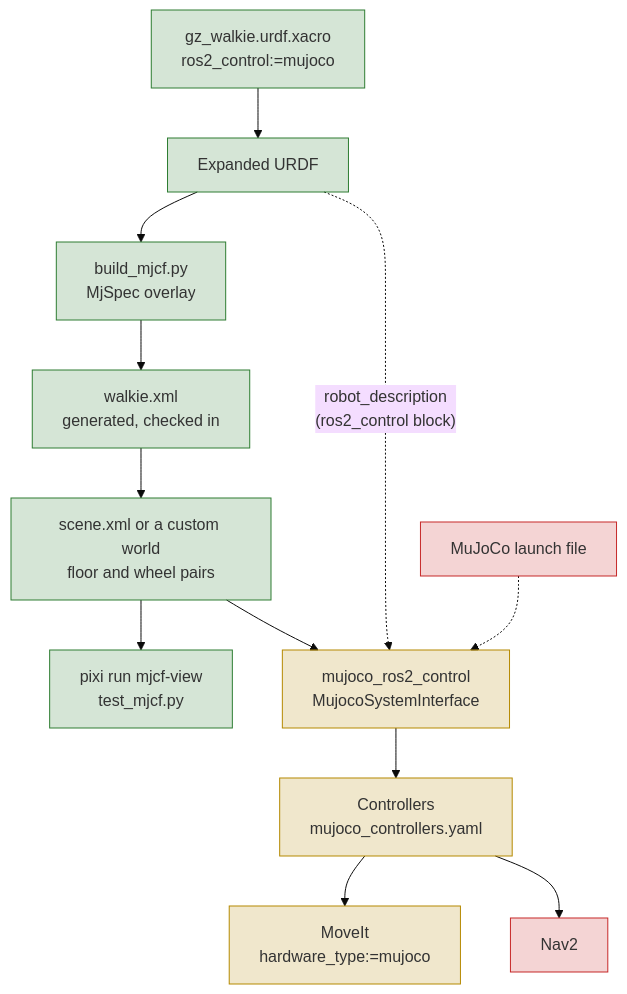
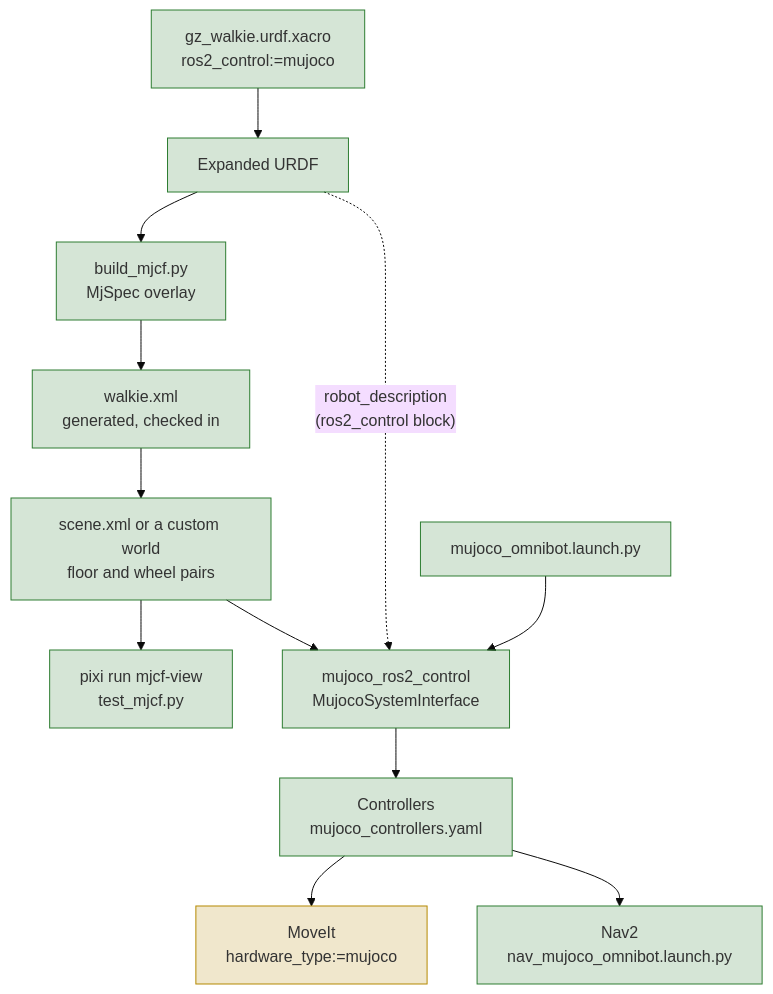
One commit to EIC-Robocup-2026/walkie-ros changed the diagram in docs/migrations/02-mujoco/index.md. Above: the diagram before and after it, drawn with Mermaid (base theme). The commit also changed other lines of this file and 18 other files, not shown here.

Commit message:
docs: document the MuJoCo launch files and the Nav2 fork issues

````diff
--- a/docs/migrations/02-mujoco/index.md
+++ b/docs/migrations/02-mujoco/index.md
@@ -116,20 +117,18 @@
 ```mermaid
 flowchart TD
     xacro["gz_walkie.urdf.xacro<br/>ros2_control:=mujoco"] --> urdf["Expanded URDF"]
     urdf --> gen["build_mjcf.py<br/>MjSpec overlay"]
     gen --> model["walkie.xml<br/>generated, checked in"]
     model --> world["scene.xml or a custom world<br/>floor and wheel pairs"]
     world --> tools["pixi run mjcf-view<br/>test_mjcf.py"]
     world --> hw["mujoco_ros2_control<br/>MujocoSystemInterface"]
     urdf -. "robot_description<br/>(ros2_control block)" .-> hw
-    launch["MuJoCo launch file"] -.-> hw
+    launch["mujoco_omnibot.launch.py"] --> hw
     hw --> ctrl["Controllers<br/>mujoco_controllers.yaml"]
     ctrl --> moveit["MoveIt<br/>hardware_type:=mujoco"]
-    ctrl --> nav2["Nav2"]
+    ctrl --> nav2["Nav2<br/>nav_mujoco_omnibot.launch.py"]
     classDef ready fill:#2e7d3233,stroke:#2e7d32
     classDef configured fill:#b5890033,stroke:#b58900
-    classDef missing fill:#c6282833,stroke:#c62828
-    class xacro,urdf,gen,model,world,tools ready
-    class hw,ctrl,moveit configured
-    class launch,nav2 missing
+    class xacro,urdf,gen,model,world,tools,launch,hw,ctrl,nav2 ready
+    class moveit configured
 ```
````
